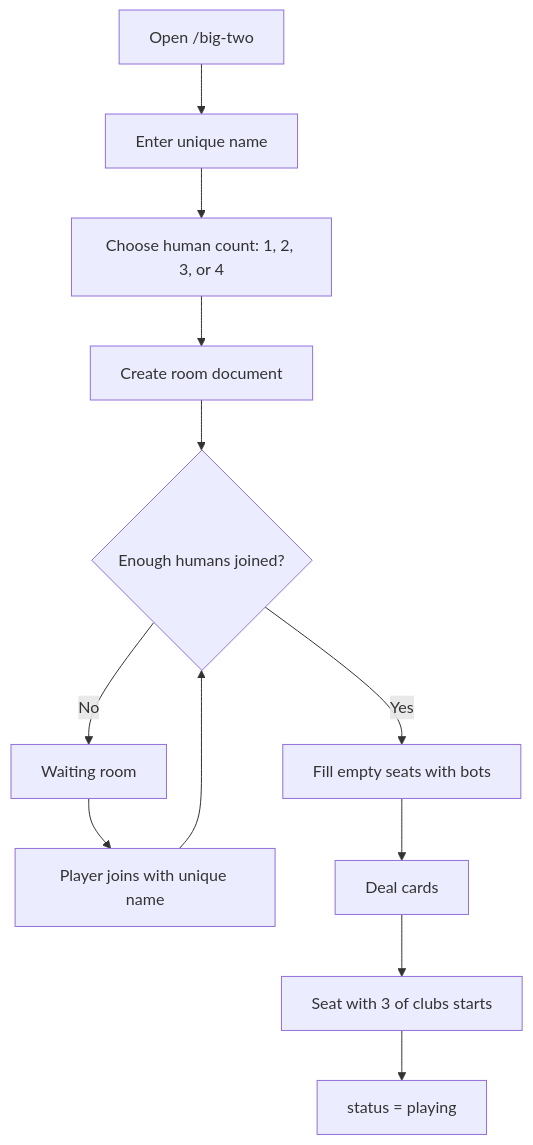
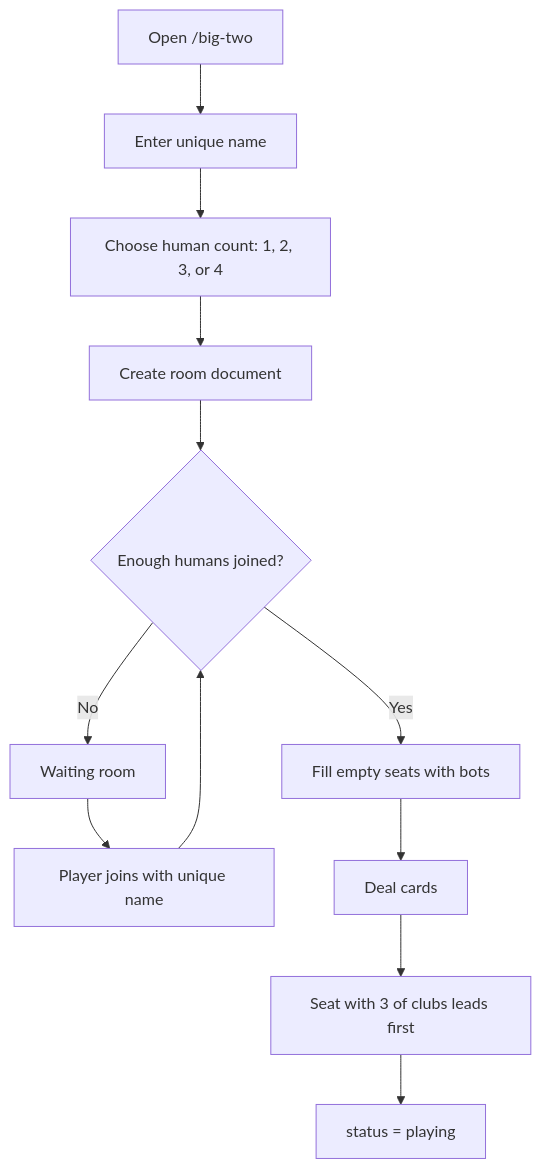
Before and after one commit to Sourav9063/watchtogether: the first of 5 diagrams in src/app/big-two/README.md, drawn with Mermaid. The commit also changed other lines of this file and 3 other files, not shown here.

````diff
--- a/src/app/big-two/README.md
+++ b/src/app/big-two/README.md
@@ -58,14 +58,14 @@
 ```mermaid
 flowchart TD
   A[Open /big-two] --> B[Enter unique name]
   B --> C[Choose human count: 1, 2, 3, or 4]
   C --> D[Create room document]
   D --> E{Enough humans joined?}
   E -- No --> F[Waiting room]
   F --> G[Player joins with unique name]
   G --> E
   E -- Yes --> H[Fill empty seats with bots]
   H --> I[Deal cards]
-  I --> J[Seat with 3 of clubs starts]
+  I --> J[Seat with 3 of clubs leads first]
   J --> K[status = playing]
 ```
````
